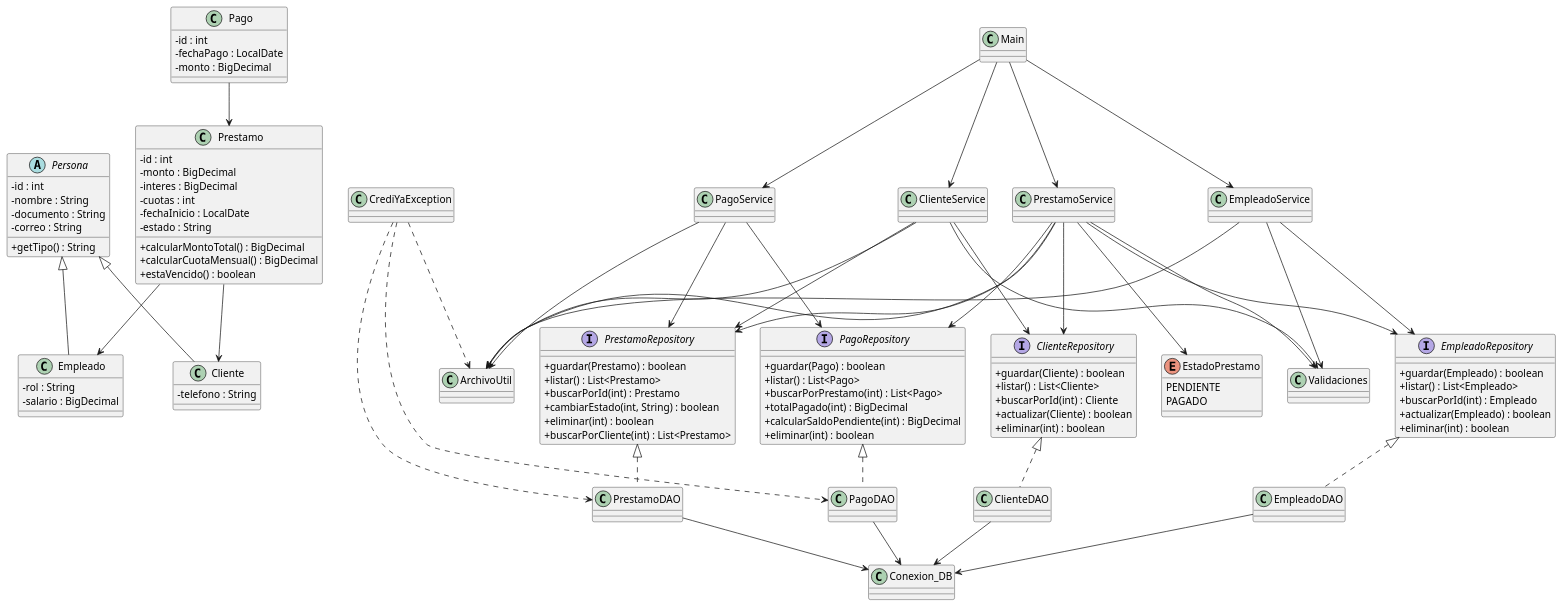
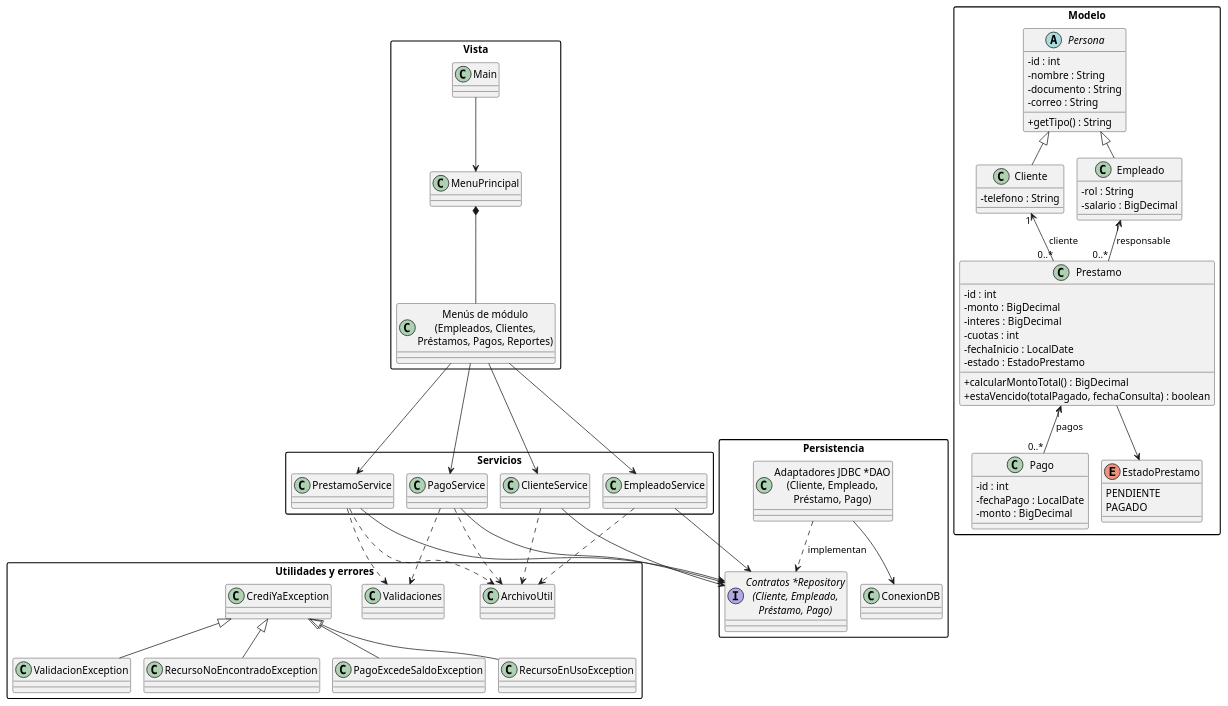
One commit to alejo-lopez09/Examen_CrediYa_AlejandroLopez changed the diagram in docs/UML_CrediYa.puml. Above: the diagram before and after it, drawn with PlantUML. The commit also changed 41 other files, not shown here.

```diff
--- a/docs/UML_CrediYa.puml
+++ b/docs/UML_CrediYa.puml
@@ -1,141 +1,102 @@
-@startuml CrediYa
+@startuml UML_CrediYa
 
+!pragma layout smetana
 skinparam classAttributeIconSize 0
+skinparam packageStyle rectangle
 
-abstract class Persona {
-  - id : int
-  - nombre : String
-  - documento : String
-  - correo : String
-  + getTipo() : String
+package "Vista" {
+  class Main
+  class MenuPrincipal
+  class "Menús de módulo\n(Empleados, Clientes,\nPréstamos, Pagos, Reportes)" as MenusModulo
 }
 
-class Empleado {
-  - rol : String
-  - salario : BigDecimal
+package "Servicios" {
+  class EmpleadoService
+  class ClienteService
+  class PrestamoService
+  class PagoService
 }
 
-class Cliente {
-  - telefono : String
+package "Modelo" {
+  abstract class Persona {
+    - id : int
+    - nombre : String
+    - documento : String
+    - correo : String
+    + getTipo() : String
+  }
+  class Empleado {
+    - rol : String
+    - salario : BigDecimal
+  }
+  class Cliente {
+    - telefono : String
+  }
+  class Prestamo {
+    - id : int
+    - monto : BigDecimal
+    - interes : BigDecimal
+    - cuotas : int
+    - fechaInicio : LocalDate
+    - estado : EstadoPrestamo
+    + calcularMontoTotal() : BigDecimal
+    + estaVencido(totalPagado, fechaConsulta) : boolean
+  }
+  class Pago {
+    - id : int
+    - fechaPago : LocalDate
+    - monto : BigDecimal
+  }
+  enum EstadoPrestamo {
+    PENDIENTE
+    PAGADO
+  }
 }
 
-class Prestamo {
-  - id : int
-  - monto : BigDecimal
-  - interes : BigDecimal
-  - cuotas : int
-  - fechaInicio : LocalDate
-  - estado : String
-  + calcularMontoTotal() : BigDecimal
-  + calcularCuotaMensual() : BigDecimal
-  + estaVencido() : boolean
+package "Persistencia" {
+  interface "Contratos *Repository\n(Cliente, Empleado,\nPréstamo, Pago)" as Repositories
+  class "Adaptadores JDBC *DAO\n(Cliente, Empleado,\nPréstamo, Pago)" as JdbcDaos
+  class ConexionDB
 }
 
-class Pago {
-  - id : int
-  - fechaPago : LocalDate
-  - monto : BigDecimal
+package "Utilidades y errores" {
+  class ArchivoUtil
+  class Validaciones
+  class CrediYaException
+  class ValidacionException
+  class RecursoNoEncontradoException
+  class PagoExcedeSaldoException
+  class RecursoEnUsoException
 }
-
-enum EstadoPrestamo {
-  PENDIENTE
-  PAGADO
-}
-
-interface EmpleadoRepository {
-  + guardar(Empleado) : boolean
-  + listar() : List<Empleado>
-  + buscarPorId(int) : Empleado
-  + actualizar(Empleado) : boolean
-  + eliminar(int) : boolean
-}
-
-interface ClienteRepository {
-  + guardar(Cliente) : boolean
-  + listar() : List<Cliente>
-  + buscarPorId(int) : Cliente
-  + actualizar(Cliente) : boolean
-  + eliminar(int) : boolean
-}
-
-interface PrestamoRepository {
-  + guardar(Prestamo) : boolean
-  + listar() : List<Prestamo>
-  + buscarPorId(int) : Prestamo
-  + cambiarEstado(int, String) : boolean
-  + eliminar(int) : boolean
-  + buscarPorCliente(int) : List<Prestamo>
-}
-
-interface PagoRepository {
-  + guardar(Pago) : boolean
-  + listar() : List<Pago>
-  + buscarPorPrestamo(int) : List<Pago>
-  + totalPagado(int) : BigDecimal
-  + calcularSaldoPendiente(int) : BigDecimal
-  + eliminar(int) : boolean
-}
-
-class EmpleadoDAO
-class ClienteDAO
-class PrestamoDAO
-class PagoDAO
-
-class EmpleadoService
-class ClienteService
-class PrestamoService
-class PagoService
-
-class ArchivoUtil
-class Validaciones
-class CrediYaException
-class Conexion_DB
-class Main
 
 Persona <|-- Empleado
 Persona <|-- Cliente
+Cliente "1" <-- "0..*" Prestamo : cliente
+Empleado "1" <-- "0..*" Prestamo : responsable
+Prestamo "1" <-- "0..*" Pago : pagos
+Prestamo --> EstadoPrestamo
 
-Prestamo --> Cliente
-Prestamo --> Empleado
-Pago --> Prestamo
-
-EmpleadoRepository <|.. EmpleadoDAO
-ClienteRepository <|.. ClienteDAO
-PrestamoRepository <|.. PrestamoDAO
-PagoRepository <|.. PagoDAO
-
-EmpleadoService --> EmpleadoRepository
-ClienteService --> ClienteRepository
-ClienteService --> PrestamoRepository
-PrestamoService --> PrestamoRepository
-PrestamoService --> ClienteRepository
-PrestamoService --> EmpleadoRepository
-PrestamoService --> PagoRepository
-PrestamoService --> EstadoPrestamo
-PagoService --> PagoRepository
-PagoService --> PrestamoRepository
-
-EmpleadoService --> ArchivoUtil
-ClienteService --> ArchivoUtil
-PrestamoService --> ArchivoUtil
-PagoService --> ArchivoUtil
-
-EmpleadoService --> Validaciones
-ClienteService --> Validaciones
-PrestamoService --> Validaciones
-
-EmpleadoDAO --> Conexion_DB
-ClienteDAO --> Conexion_DB
-PrestamoDAO --> Conexion_DB
-PagoDAO --> Conexion_DB
-
-Main --> EmpleadoService
-Main --> ClienteService
-Main --> PrestamoService
-Main --> PagoService
-
-CrediYaException ..> ArchivoUtil
-CrediYaException ..> PagoDAO
-CrediYaException ..> PrestamoDAO
+Main --> MenuPrincipal
+MenuPrincipal *-- MenusModulo
+MenusModulo --> EmpleadoService
+MenusModulo --> ClienteService
+MenusModulo --> PrestamoService
+MenusModulo --> PagoService
+EmpleadoService --> Repositories
+ClienteService --> Repositories
+PrestamoService --> Repositories
+PagoService --> Repositories
+JdbcDaos ..> Repositories : implementan
+JdbcDaos --> ConexionDB
+EmpleadoService ..> ArchivoUtil
+ClienteService ..> ArchivoUtil
+PrestamoService ..> ArchivoUtil
+PagoService ..> ArchivoUtil
+PrestamoService ..> Validaciones
+PagoService ..> Validaciones
+CrediYaException <|-- ValidacionException
+CrediYaException <|-- RecursoNoEncontradoException
+CrediYaException <|-- PagoExcedeSaldoException
+CrediYaException <|-- RecursoEnUsoException
 
 @enduml
```
